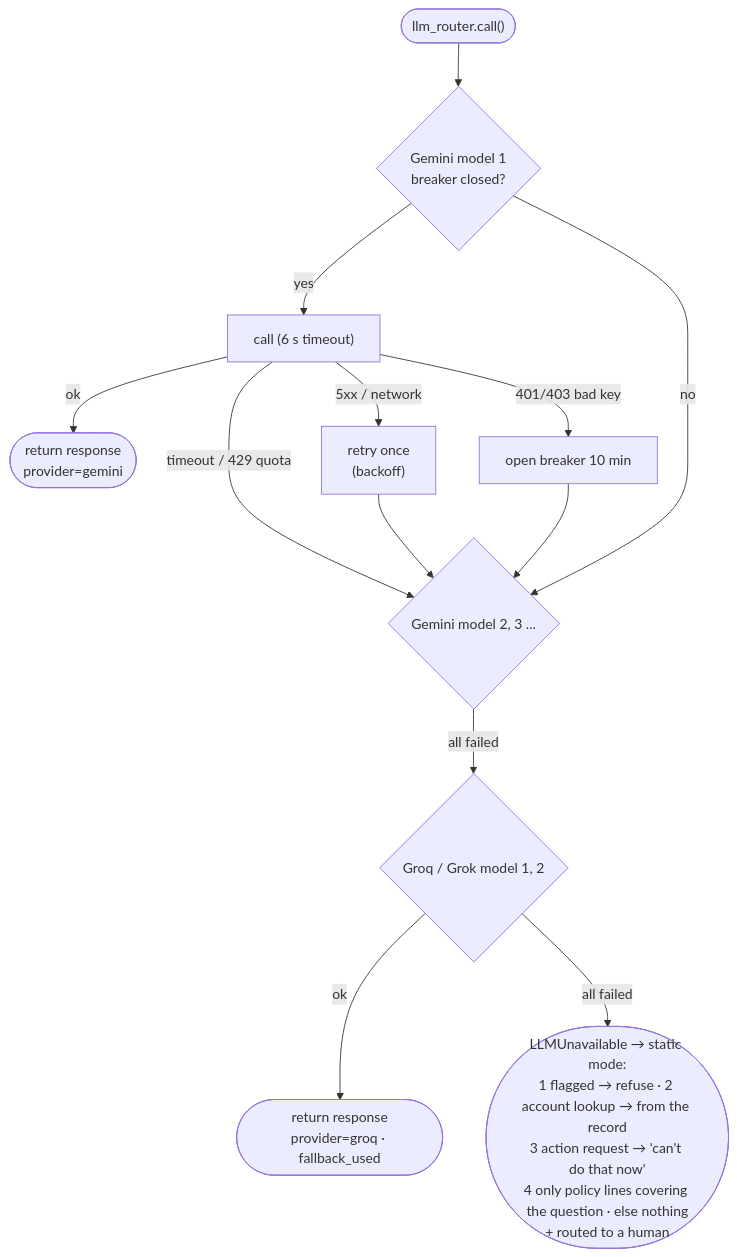
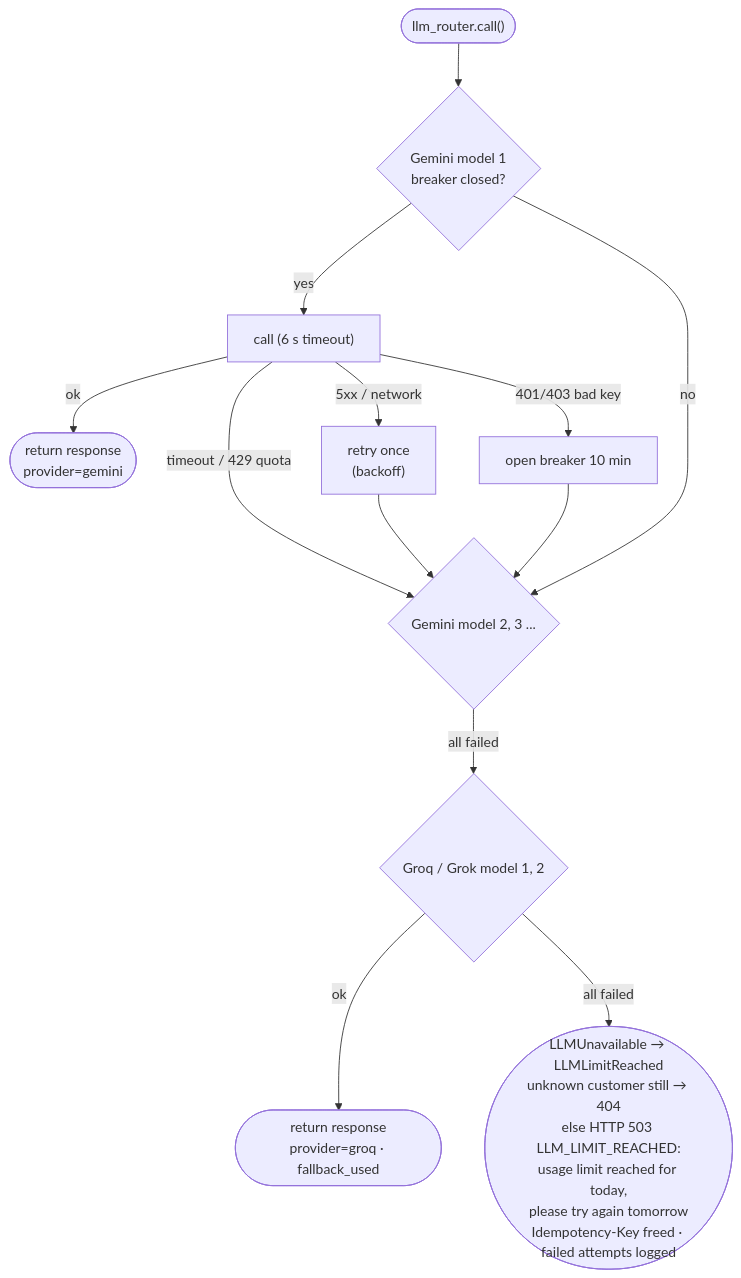
The third of 11 diagrams in docs/ARCHITECTURE.md (annu8932091318/Grounded-Card-RAG), drawn with Mermaid before and after one commit. The commit also changed other lines of this file and 27 other files, not shown here.

````diff
--- a/docs/ARCHITECTURE.md
+++ b/docs/ARCHITECTURE.md
@@ -85,13 +87,13 @@
 ```mermaid
 flowchart TD
     start(["llm_router.call()"]) --> g1{"Gemini model 1<br/>breaker closed?"}
     g1 -->|yes| c1["call (6 s timeout)"]
     c1 -->|ok| done(["return response<br/>provider=gemini"])
     c1 -->|"timeout / 429 quota"| g2
     c1 -->|"5xx / network"| r1["retry once<br/>(backoff)"] --> g2
     c1 -->|"401/403 bad key"| open["open breaker 10 min"] --> g2
     g1 -->|no| g2{"Gemini model 2, 3 ..."}
     g2 -->|all failed| k1{"Groq / Grok model 1, 2"}
     k1 -->|ok| done2(["return response<br/>provider=groq · fallback_used"])
-    k1 -->|all failed| s(["LLMUnavailable → static mode:<br/>1 flagged → refuse · 2 account lookup → from the record<br/>3 action request → 'can't do that now'<br/>4 only policy lines covering the question · else nothing<br/>+ routed to a human"])
+    k1 -->|all failed| s(["LLMUnavailable → LLMLimitReached<br/>unknown customer still → 404<br/>else HTTP 503 LLM_LIMIT_REACHED:<br/>usage limit reached for today,<br/>please try again tomorrow<br/>Idempotency-Key freed · failed attempts logged"])
 ```
````
